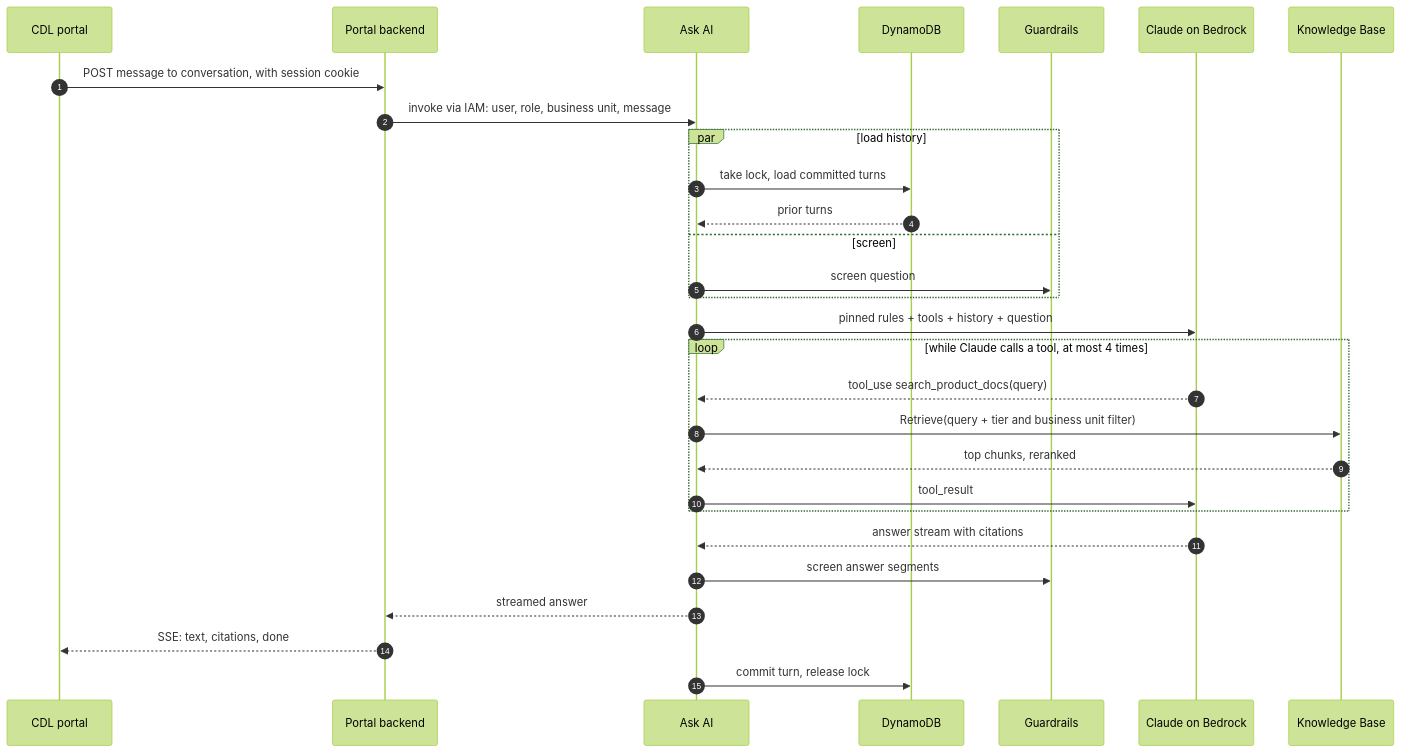
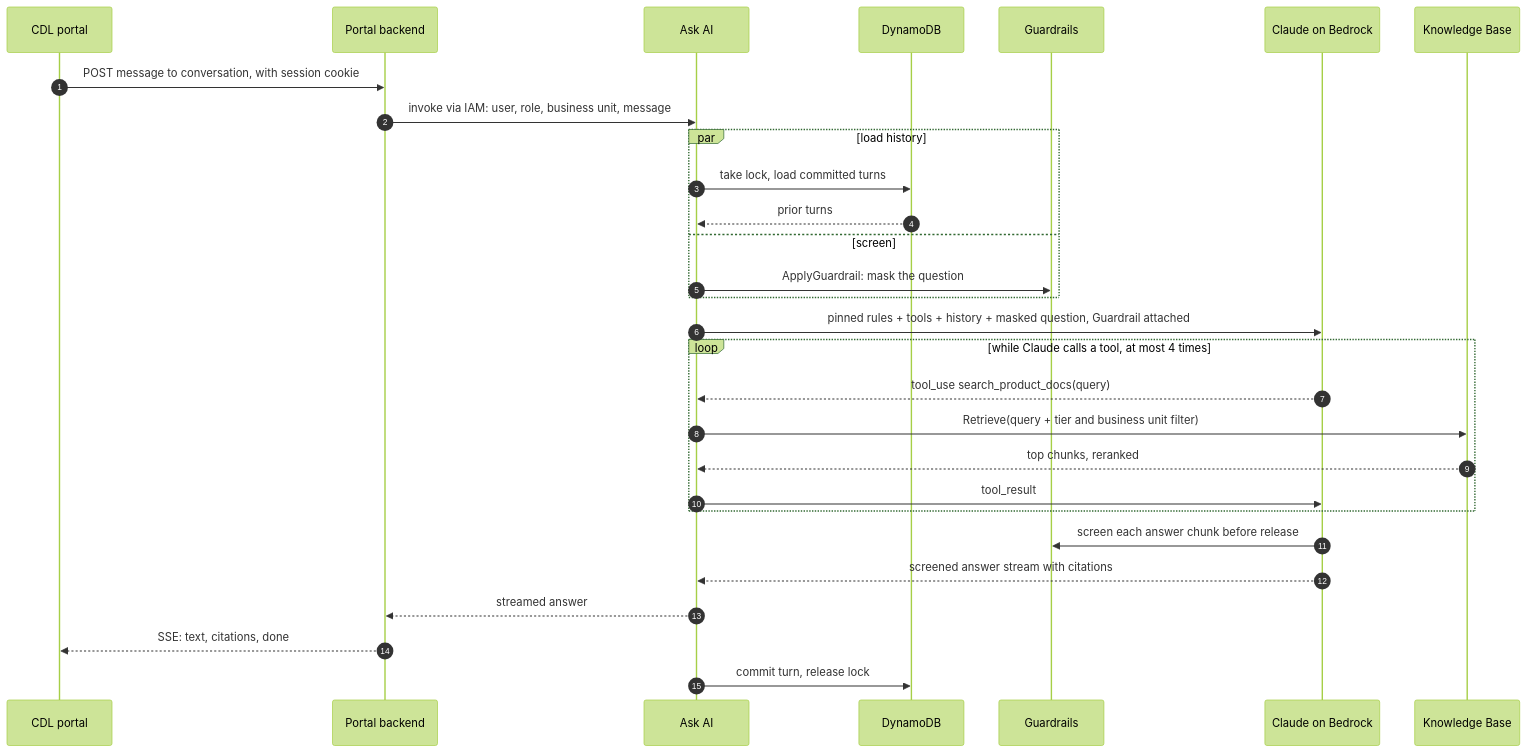
Before and after one commit to rutvik-madtech/newscorp-ask-ai: the fifth of 5 diagrams in docs/ASK_AI_PLAN.md, drawn with Mermaid (forest theme). The commit also changed other lines of this file and 1 other file, not shown here.

First line of the commit message:
Ask AI plan: call Claude on bedrock-runtime with the Guardrail attached

````diff
--- a/docs/ASK_AI_PLAN.md
+++ b/docs/ASK_AI_PLAN.md
@@ -396,31 +406,31 @@
 ```mermaid
 sequenceDiagram
   autonumber
   participant UI as CDL portal
   participant PB as Portal backend
   participant O as Ask AI
   participant D as DynamoDB
   participant G as Guardrails
   participant C as Claude on Bedrock
   participant KB as Knowledge Base
   UI->>PB: POST message to conversation, with session cookie
   PB->>O: invoke via IAM: user, role, business unit, message
   par load history
     O->>D: take lock, load committed turns
     D-->>O: prior turns
   and screen
-    O->>G: screen question
+    O->>G: ApplyGuardrail: mask the question
   end
-  O->>C: pinned rules + tools + history + question
+  O->>C: pinned rules + tools + history + masked question, Guardrail attached
   loop while Claude calls a tool, at most 4 times
     C-->>O: tool_use search_product_docs(query)
     O->>KB: Retrieve(query + tier and business unit filter)
     KB-->>O: top chunks, reranked
     O->>C: tool_result
   end
-  C-->>O: answer stream with citations
-  O->>G: screen answer segments
+  C->>G: screen each answer chunk before release
+  C-->>O: screened answer stream with citations
   O-->>PB: streamed answer
   PB-->>UI: SSE: text, citations, done
   O->>D: commit turn, release lock
 ```
````
